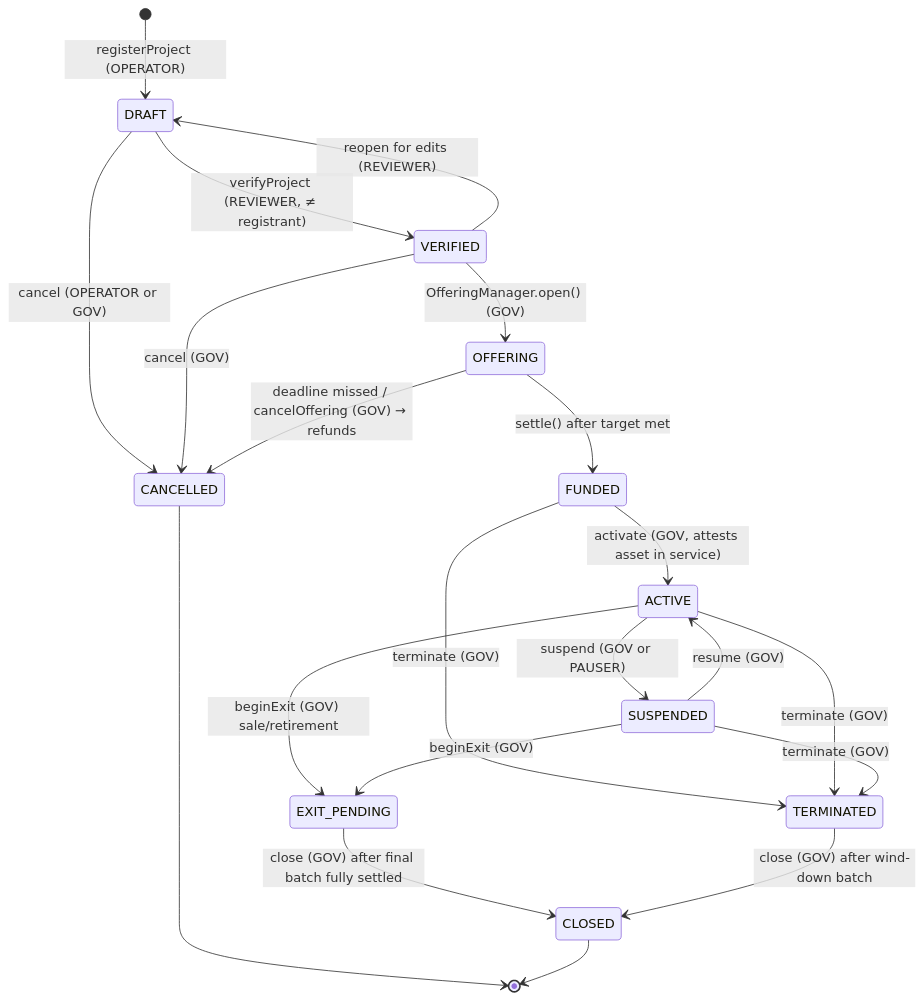
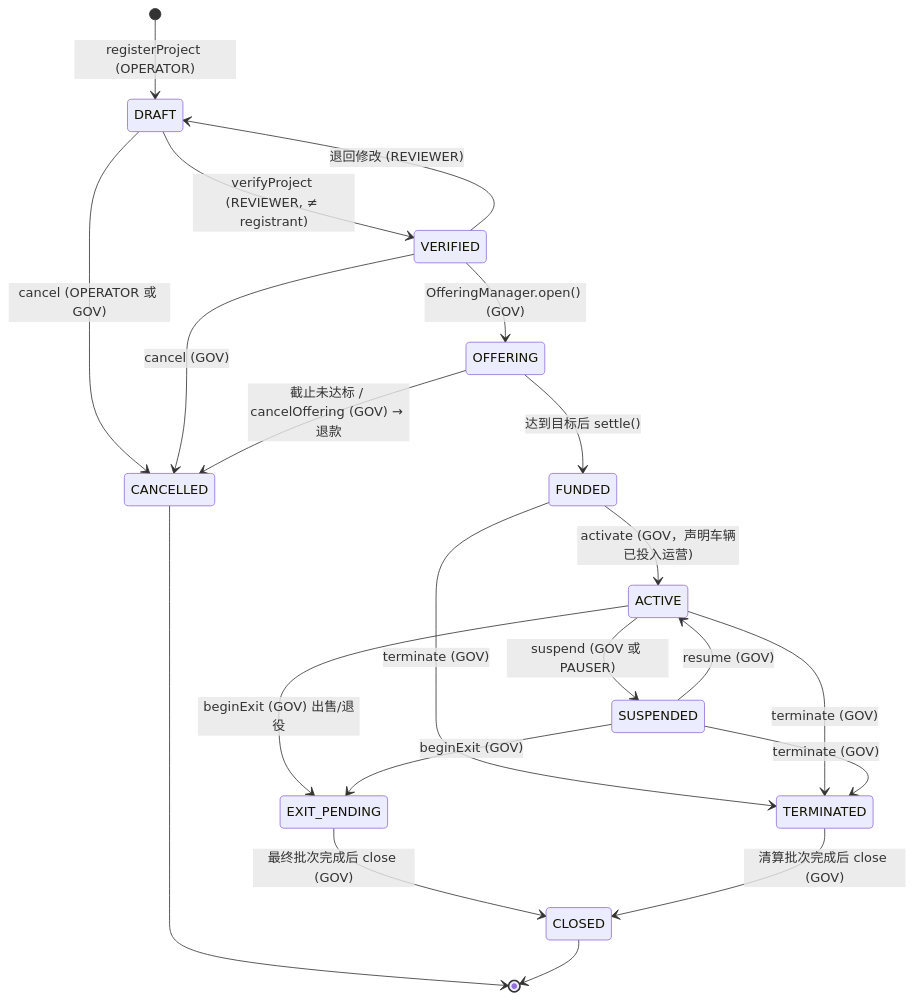
Before and after one commit to AgntSpark1/Roboshare: the third of 4 diagrams in docs/PHASE1_ANALYSIS.md, drawn with Mermaid. The commit also changed other lines of this file and 15 other files, not shown here.

````diff
--- a/docs/PHASE1_ANALYSIS.md
+++ b/docs/PHASE1_ANALYSIS.md
@@ -184,23 +184,23 @@
 ```mermaid
 stateDiagram-v2
   [*] --> DRAFT: registerProject (OPERATOR)
   DRAFT --> VERIFIED: verifyProject (REVIEWER, ≠ registrant)
-  DRAFT --> CANCELLED: cancel (OPERATOR or GOV)
-  VERIFIED --> DRAFT: reopen for edits (REVIEWER)
+  DRAFT --> CANCELLED: cancel (OPERATOR 或 GOV)
+  VERIFIED --> DRAFT: 退回修改 (REVIEWER)
   VERIFIED --> OFFERING: OfferingManager.open() (GOV)
   VERIFIED --> CANCELLED: cancel (GOV)
-  OFFERING --> FUNDED: settle() after target met
-  OFFERING --> CANCELLED: deadline missed / cancelOffering (GOV) → refunds
-  FUNDED --> ACTIVE: activate (GOV, attests asset in service)
+  OFFERING --> FUNDED: 达到目标后 settle()
+  OFFERING --> CANCELLED: 截止未达标 / cancelOffering (GOV) → 退款
+  FUNDED --> ACTIVE: activate (GOV，声明车辆已投入运营)
   FUNDED --> TERMINATED: terminate (GOV)
-  ACTIVE --> SUSPENDED: suspend (GOV or PAUSER)
+  ACTIVE --> SUSPENDED: suspend (GOV 或 PAUSER)
   SUSPENDED --> ACTIVE: resume (GOV)
-  ACTIVE --> EXIT_PENDING: beginExit (GOV) sale/retirement
+  ACTIVE --> EXIT_PENDING: beginExit (GOV) 出售/退役
   SUSPENDED --> EXIT_PENDING: beginExit (GOV)
   ACTIVE --> TERMINATED: terminate (GOV)
   SUSPENDED --> TERMINATED: terminate (GOV)
-  EXIT_PENDING --> CLOSED: close (GOV) after final batch fully settled
-  TERMINATED --> CLOSED: close (GOV) after wind-down batch
+  EXIT_PENDING --> CLOSED: 最终批次完成后 close (GOV)
+  TERMINATED --> CLOSED: 清算批次完成后 close (GOV)
   CANCELLED --> [*]
   CLOSED --> [*]
 ```
````
